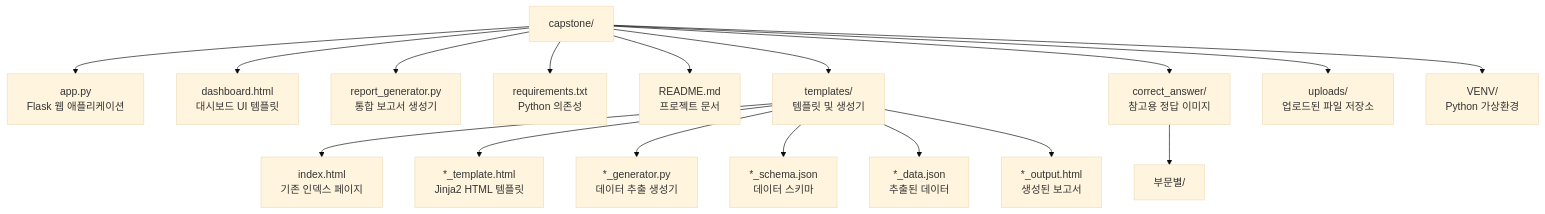
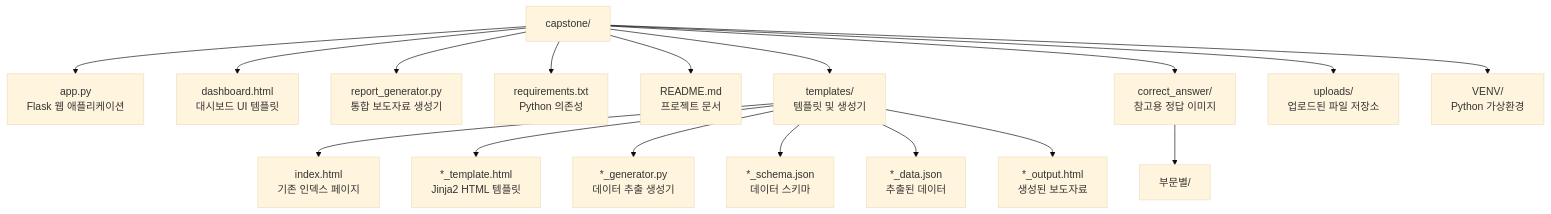
One commit to rattopos/capstone changed the diagram in README.md. Above: the diagram before and after it, drawn with Mermaid (base theme). The commit also changed other lines of this file and 89 other files, not shown here.

````diff
--- a/README.md
+++ b/README.md
@@ -103,21 +103,21 @@
 ```mermaid
 graph TD
     Root[capstone/] --> App[app.py<br/>Flask 웹 애플리케이션]
     Root --> Dashboard[dashboard.html<br/>대시보드 UI 템플릿]
-    Root --> ReportGen[report_generator.py<br/>통합 보고서 생성기]
+    Root --> ReportGen[report_generator.py<br/>통합 보도자료 생성기]
     Root --> Req[requirements.txt<br/>Python 의존성]
     Root --> Readme[README.md<br/>프로젝트 문서]
     Root --> Templates[templates/<br/>템플릿 및 생성기]
     Root --> Correct[correct_answer/<br/>참고용 정답 이미지]
     Root --> Uploads[uploads/<br/>업로드된 파일 저장소]
     Root --> Venv[VENV/<br/>Python 가상환경]
     
     Templates --> T1[index.html<br/>기존 인덱스 페이지]
     Templates --> T2[*_template.html<br/>Jinja2 HTML 템플릿]
     Templates --> T3[*_generator.py<br/>데이터 추출 생성기]
     Templates --> T4[*_schema.json<br/>데이터 스키마]
     Templates --> T5[*_data.json<br/>추출된 데이터]
-    Templates --> T6[*_output.html<br/>생성된 보고서]
+    Templates --> T6[*_output.html<br/>생성된 보도자료]
     
     Correct --> C1[부문별/]
 ```
````
